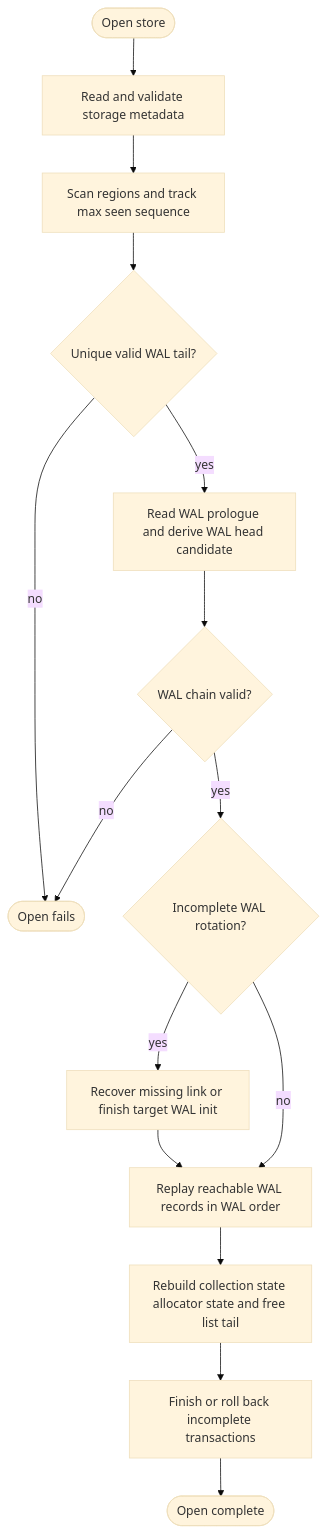
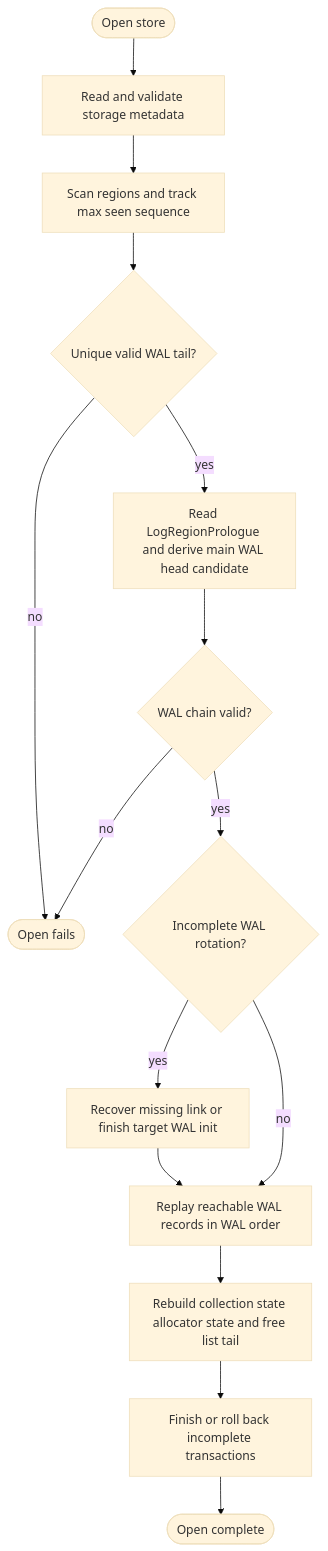
Before and after one commit to moore/borromean: the diagram in spec/ring/06-startup-replay.md, drawn with Mermaid (base theme). The commit also changed other lines of this file and 8 other files, not shown here.

````diff
--- a/spec/ring/06-startup-replay.md
+++ b/spec/ring/06-startup-replay.md
@@ -352,26 +399,26 @@
 ```mermaid
 %%{init: {"flowchart": {"wrappingWidth": 180}} }%%
 flowchart TD
     OpenStore([Open store])
     ReadMeta["`Read and validate storage metadata`"]
     ScanRegions["`Scan regions and track max seen sequence`"]
     TailOk{"`Unique valid WAL tail?`"}
     Fail([Open fails])
-    ReadHead["`Read WAL prologue and derive WAL head candidate`"]
+    ReadHead["`Read LogRegionPrologue and derive main WAL head candidate`"]
     ChainOk{"`WAL chain valid?`"}
     Rotate{"`Incomplete WAL rotation?`"}
     RecoverRotate["`Recover missing link or finish target WAL init`"]
     Replay["`Replay reachable WAL records in WAL order`"]
     Rebuild["`Rebuild collection state allocator state and free list tail`"]
     FinishTransactions["`Finish or roll back incomplete transactions`"]
     OpenReady([Open complete])
 
     OpenStore --> ReadMeta --> ScanRegions --> TailOk
     TailOk -->|no| Fail
     TailOk -->|yes| ReadHead --> ChainOk
     ChainOk -->|no| Fail
     ChainOk -->|yes| Rotate
     Rotate -->|yes| RecoverRotate --> Replay
     Rotate -->|no| Replay
     Replay --> Rebuild --> FinishTransactions --> OpenReady
 ```
````
